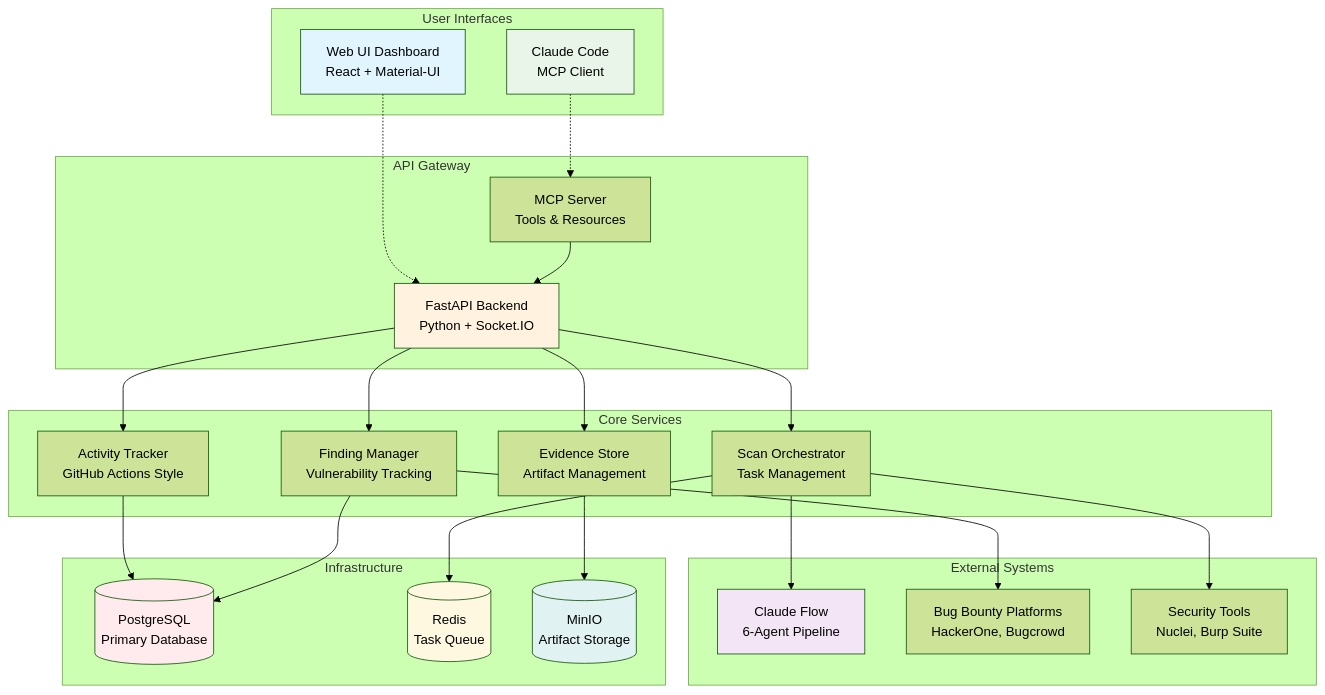
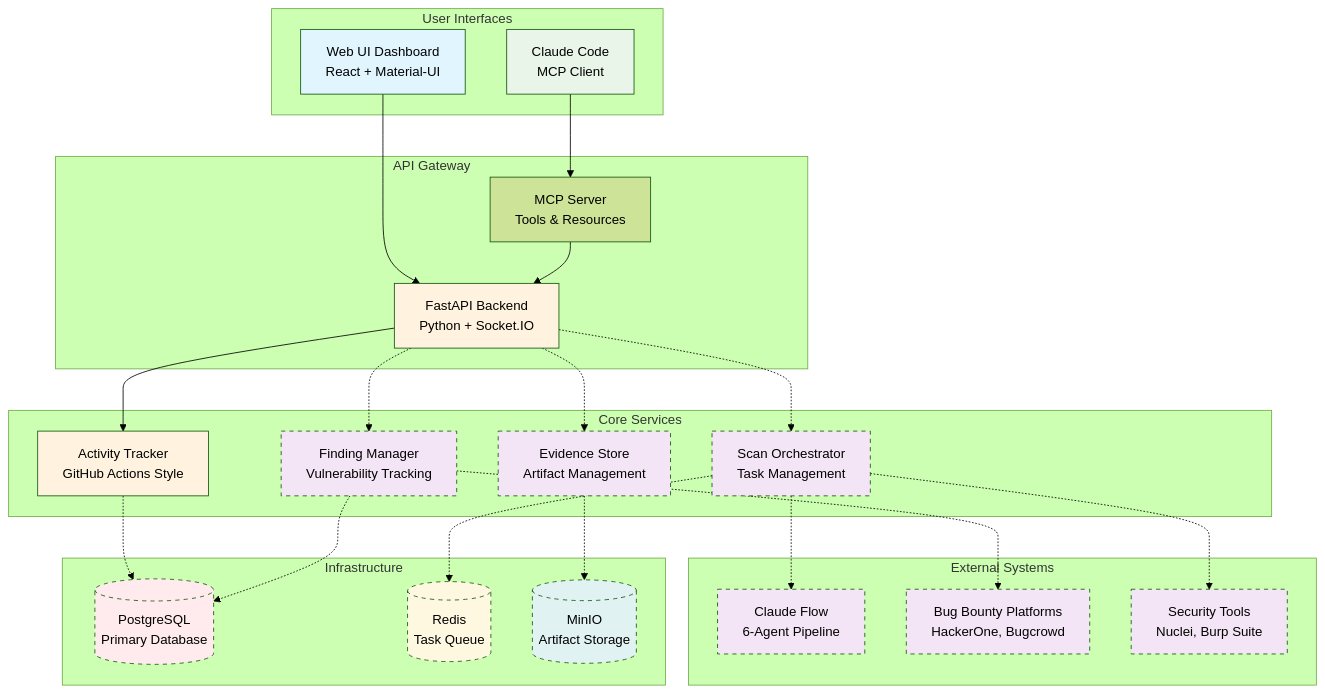
The first of 8 diagrams in ARCHITECTURE.md (michaeloboyle/bug-bounty-hunter), drawn with Mermaid (forest theme) before and after one commit. The commit also changed other lines of this file and 1 other file, not shown here.

First line of the commit message:
Update architecture diagrams with implementation status

````diff
--- a/ARCHITECTURE.md
+++ b/ARCHITECTURE.md
@@ -7,57 +7,63 @@
 ```mermaid
 graph TB
     subgraph "User Interfaces"
         WebUI[Web UI Dashboard<br/>React + Material-UI]
         ClaudeCode[Claude Code<br/>MCP Client]
     end
     
     subgraph "API Gateway"
         FastAPI[FastAPI Backend<br/>Python + Socket.IO]
         MCP[MCP Server<br/>Tools & Resources]
     end
     
     subgraph "Core Services"
         ActivityTracker[Activity Tracker<br/>GitHub Actions Style]
         ScanOrchestrator[Scan Orchestrator<br/>Task Management]
         FindingManager[Finding Manager<br/>Vulnerability Tracking]
         EvidenceStore[Evidence Store<br/>Artifact Management]
     end
     
     subgraph "External Systems"
         ClaudeFlow[Claude Flow<br/>6-Agent Pipeline]
         Platforms[Bug Bounty Platforms<br/>HackerOne, Bugcrowd]
         Tools[Security Tools<br/>Nuclei, Burp Suite]
     end
     
     subgraph "Infrastructure"
         PostgreSQL[(PostgreSQL<br/>Primary Database)]
         Redis[(Redis<br/>Task Queue)]
         MinIO[(MinIO<br/>Artifact Storage)]
     end
     
-    WebUI -.-> FastAPI
-    ClaudeCode -.-> MCP
+    WebUI --> FastAPI
+    ClaudeCode --> MCP
     MCP --> FastAPI
     
     FastAPI --> ActivityTracker
-    FastAPI --> ScanOrchestrator
-    FastAPI --> FindingManager
-    FastAPI --> EvidenceStore
+    FastAPI -.-> ScanOrchestrator
+    FastAPI -.-> FindingManager
+    FastAPI -.-> EvidenceStore
     
-    ScanOrchestrator --> ClaudeFlow
-    FindingManager --> Platforms
-    ScanOrchestrator --> Tools
+    ScanOrchestrator -.-> ClaudeFlow
+    FindingManager -.-> Platforms
+    ScanOrchestrator -.-> Tools
     
-    ActivityTracker --> PostgreSQL
-    FindingManager --> PostgreSQL
-    ScanOrchestrator --> Redis
-    EvidenceStore --> MinIO
+    ActivityTracker -.-> PostgreSQL
+    FindingManager -.-> PostgreSQL
+    ScanOrchestrator -.-> Redis
+    EvidenceStore -.-> MinIO
     
     style WebUI fill:#e1f5fe
     style ClaudeCode fill:#e8f5e8
     style FastAPI fill:#fff3e0
-    style ClaudeFlow fill:#f3e5f5
-    style PostgreSQL fill:#ffebee
-    style Redis fill:#fff8e1
-    style MinIO fill:#e0f2f1
+    style ActivityTracker fill:#fff3e0
+    style ClaudeFlow fill:#f3e5f5,stroke-dasharray: 5 5
+    style ScanOrchestrator fill:#f3e5f5,stroke-dasharray: 5 5
+    style FindingManager fill:#f3e5f5,stroke-dasharray: 5 5
+    style EvidenceStore fill:#f3e5f5,stroke-dasharray: 5 5
+    style Platforms fill:#f3e5f5,stroke-dasharray: 5 5
+    style Tools fill:#f3e5f5,stroke-dasharray: 5 5
+    style PostgreSQL fill:#ffebee,stroke-dasharray: 5 5
+    style Redis fill:#fff8e1,stroke-dasharray: 5 5
+    style MinIO fill:#e0f2f1,stroke-dasharray: 5 5
 ```
````
